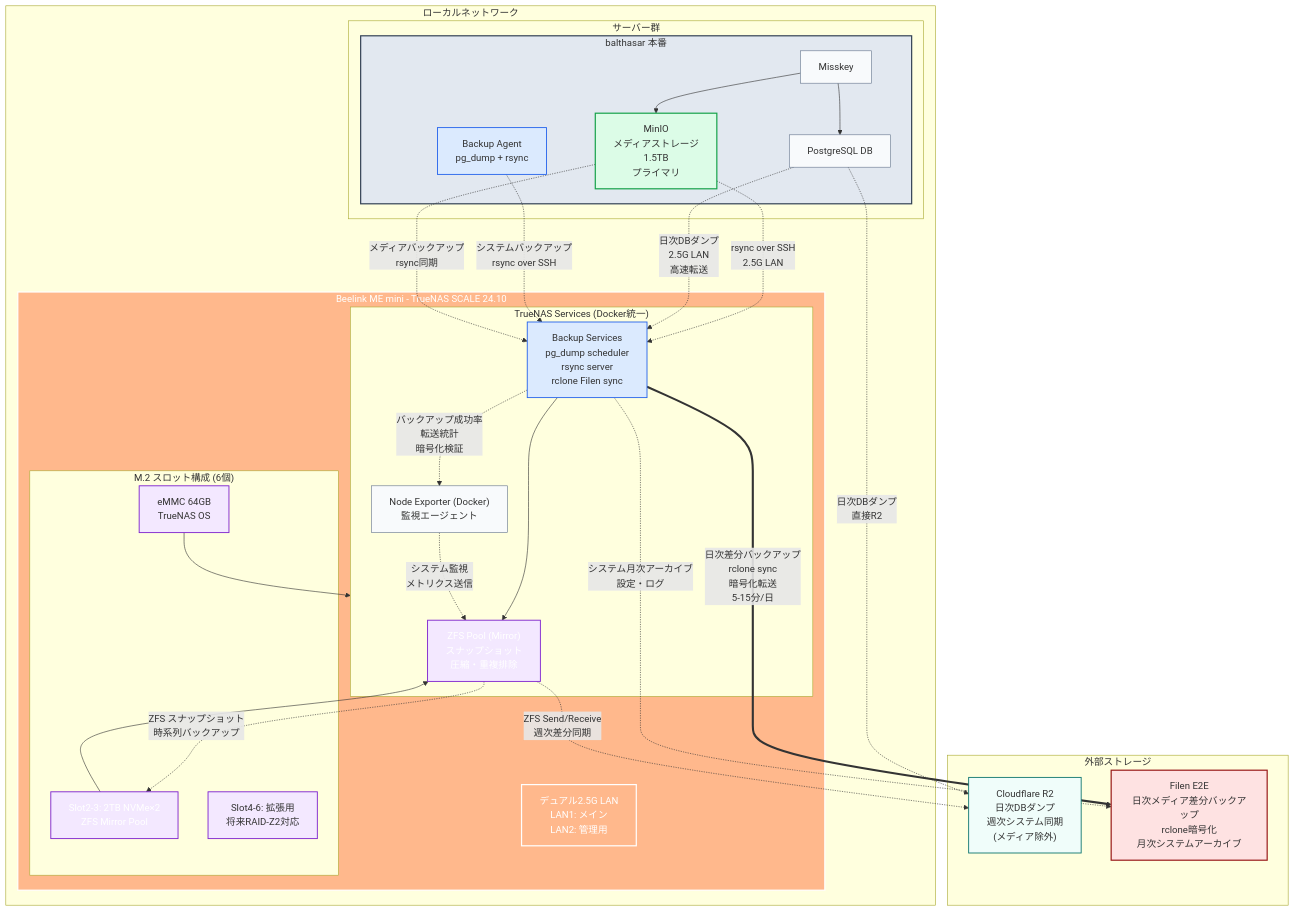
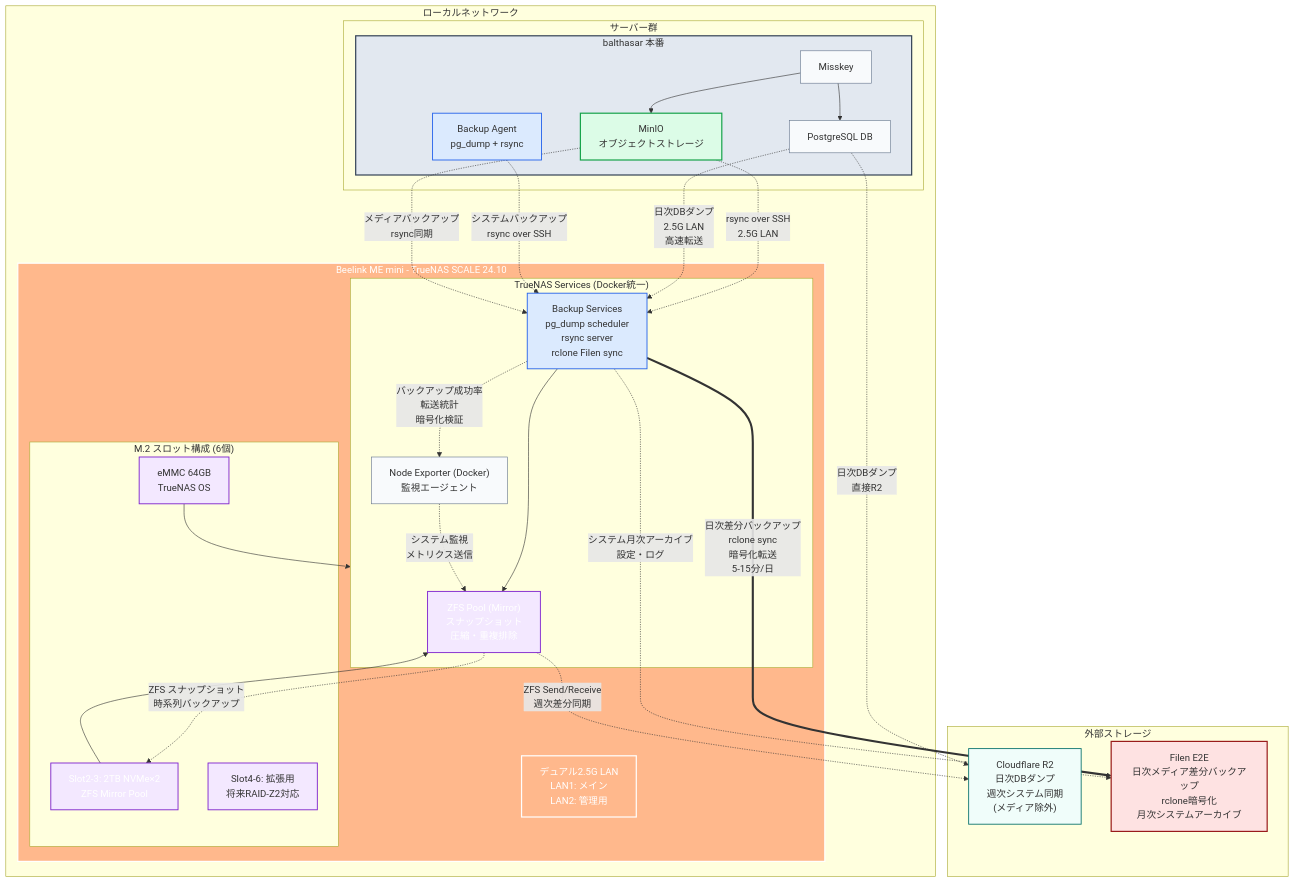
One commit to yamisskey-dev/hosted-list changed the fourth of 5 diagrams in README.md. Above: the diagram before and after it, drawn with Mermaid.

```diff
--- a/README.md
+++ b/README.md
@@ -412,7 +412,7 @@
             subgraph balthasar["balthasar 本番"]
                 misskey1["Misskey"]:::service
                 db1["PostgreSQL DB"]:::service
-                minio_local["MinIO<br/>メディアストレージ<br/>1.5TB<br/>プライマリ"]:::local
+                minio_local["MinIO<br/>オブジェクトストレージ<br/2TB"]:::local
                 backup1["Backup Agent<br/>pg_dump + rsync"]:::backup
             end
         end
```
